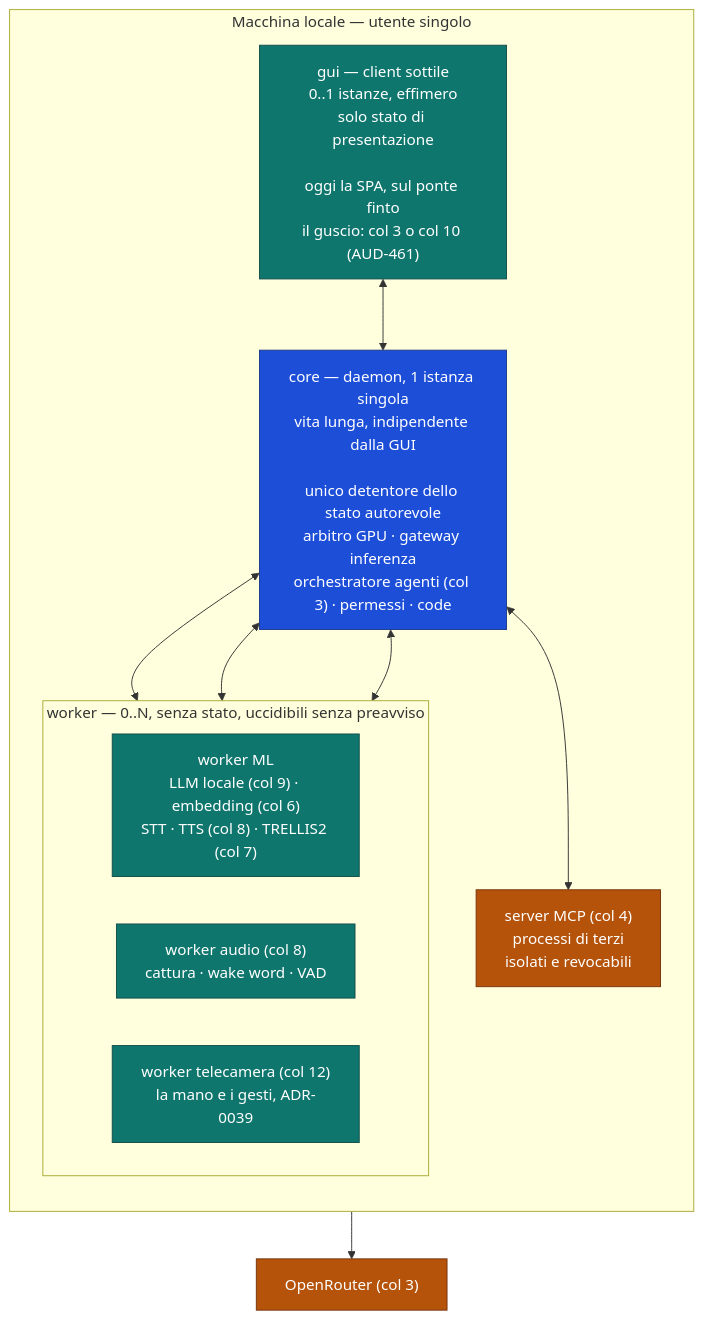
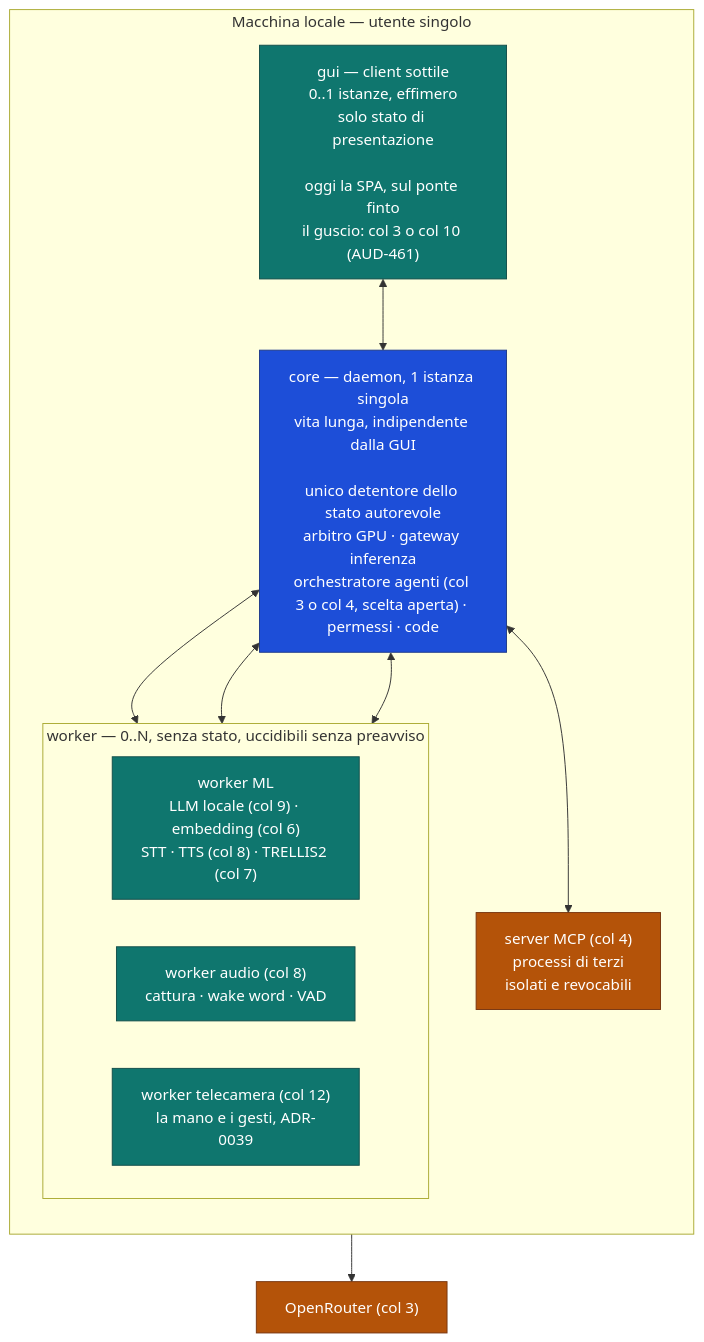
One commit to devfrx/daemon changed the first of 2 diagrams in docs/design/01-topologia-dei-processi.md. Above: the diagram before and after it, drawn with Mermaid. The commit also changed other lines of this file and 65 other files, not shown here.

First line of the commit message:
audit(2026-09-30): i residui dei pacchetti integrati -- le guardie sulle varianti leggono il tipo, il caso forte dei campi aperti, la riga K-5 fra le chiuse, la lista delle contraddizioni al vero; commenti, diagrammi e disegni allineati alle ondate

````diff
--- a/docs/design/01-topologia-dei-processi.md
+++ b/docs/design/01-topologia-dei-processi.md
@@ -14,35 +14,35 @@
 ```mermaid
 flowchart TB
     subgraph host["Macchina locale — utente singolo"]
         direction TB
 
         gui["gui — client sottile<br/>0..1 istanze, effimero<br/>solo stato di presentazione<br/><br/>oggi la SPA, sul ponte finto<br/>il guscio: col 3 o col 10 (AUD-461)"]
 
-        core["core — daemon, 1 istanza singola<br/>vita lunga, indipendente dalla GUI<br/><br/>unico detentore dello stato autorevole<br/>arbitro GPU · gateway inferenza<br/>orchestratore agenti (col 3) · permessi · code"]
+        core["core — daemon, 1 istanza singola<br/>vita lunga, indipendente dalla GUI<br/><br/>unico detentore dello stato autorevole<br/>arbitro GPU · gateway inferenza<br/>orchestratore agenti (col 3 o col 4, scelta aperta) · permessi · code"]
 
         subgraph w["worker — 0..N, senza stato, uccidibili senza preavviso"]
             direction LR
             ml["worker ML<br/>LLM locale (col 9) · embedding (col 6)<br/>STT · TTS (col 8) · TRELLIS2 (col 7)"]
             aud["worker audio (col 8)<br/>cattura · wake word · VAD"]
             cam["worker telecamera (col 12)<br/>la mano e i gesti, ADR-0039"]
         end
 
         mcp["server MCP (col 4)<br/>processi di terzi<br/>isolati e revocabili"]
     end
 
     or["OpenRouter (col 3)"]
 
     gui <--> core
     core <--> ml
     core <--> aud
     core <--> cam
     core <--> mcp
     core --> or
 
     classDef autor fill:#1d4ed8,stroke:#1e3a8a,color:#fff
     classDef efim fill:#0f766e,stroke:#134e4a,color:#fff
     classDef untrusted fill:#b45309,stroke:#78350f,color:#fff
     class core autor
     class gui,ml,aud,cam efim
     class mcp,or untrusted
 ```
````
